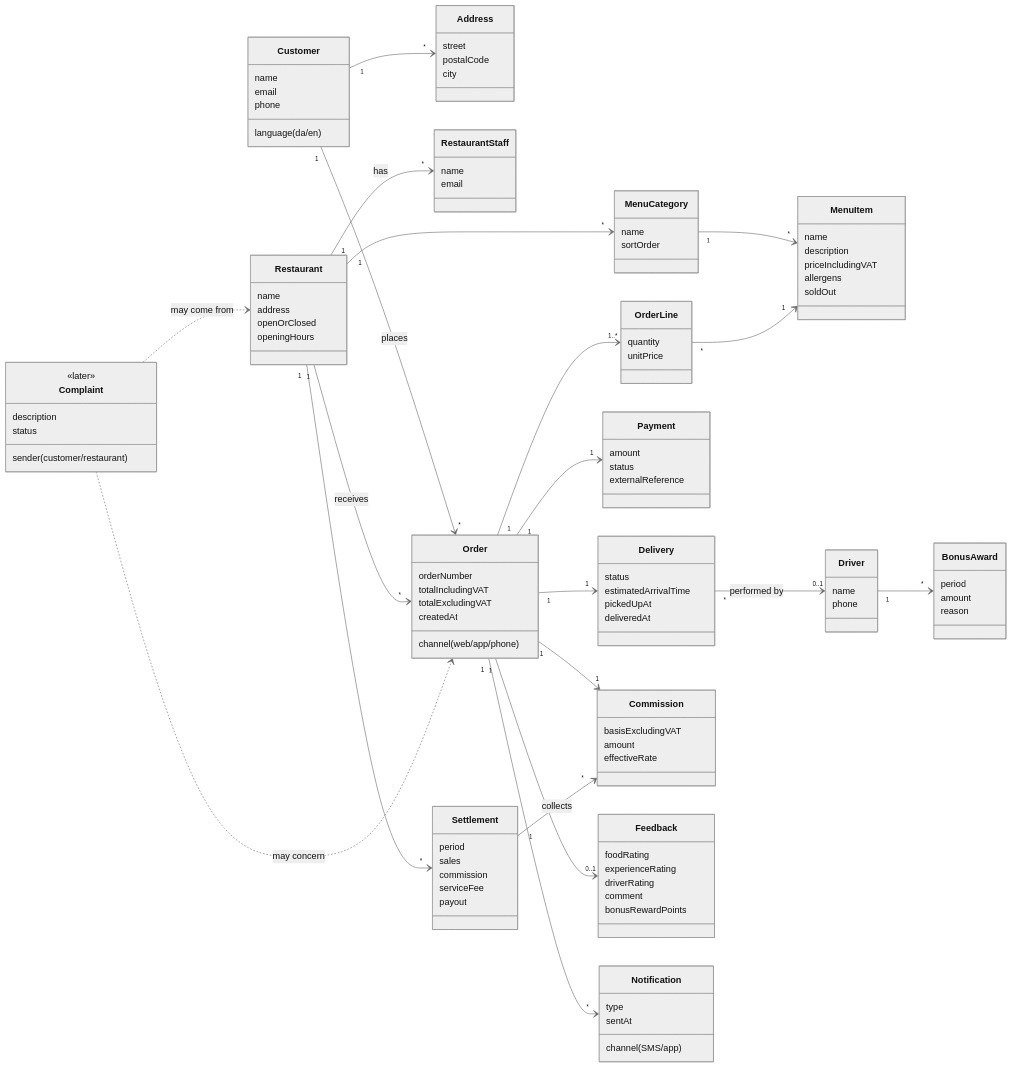
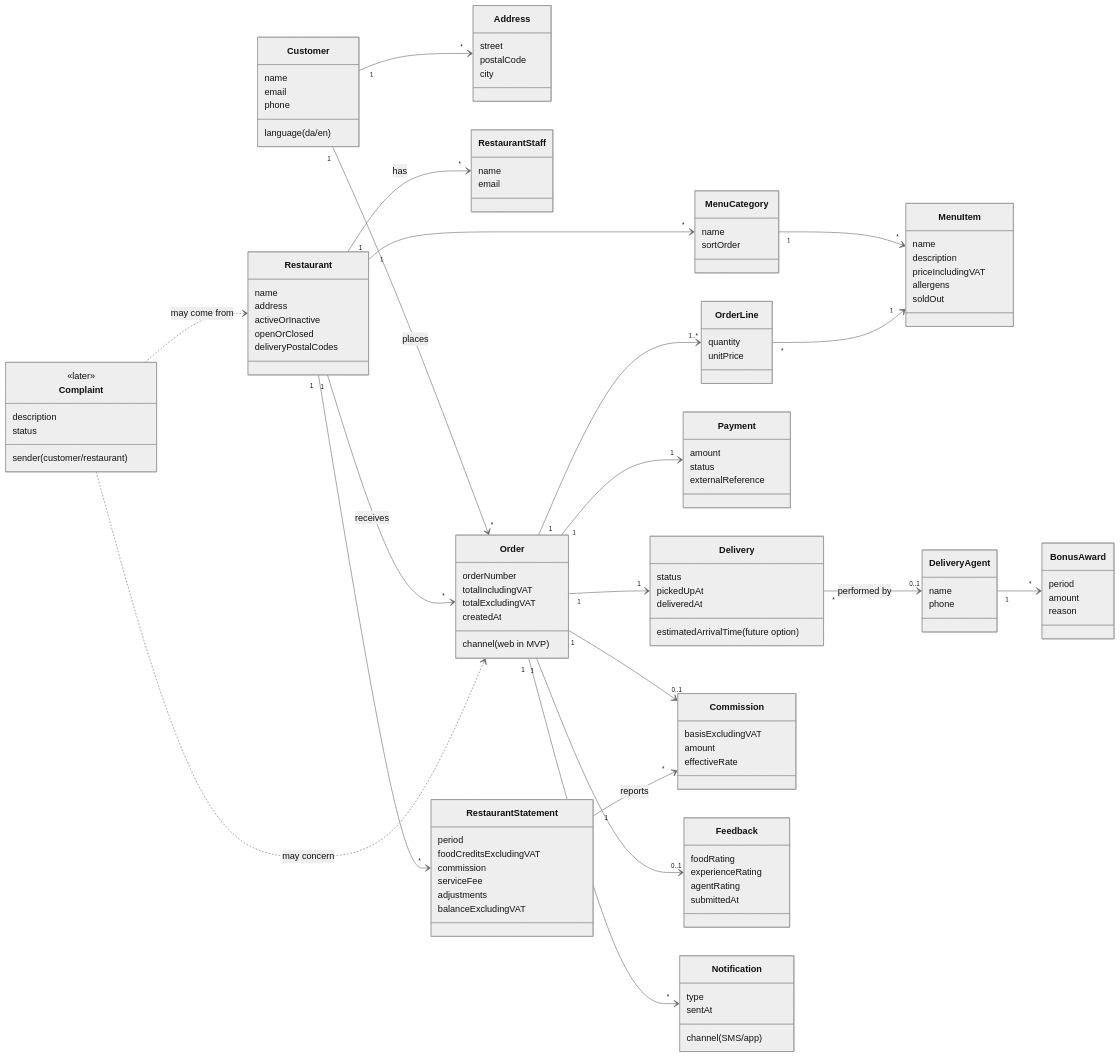
Before and after one commit to DannyShayH/MTGO: the second of 3 diagrams in apps/docs/src/content/docs/product/domain-model.mdx, drawn with Mermaid (neutral theme). The commit also changed other lines of this file and 26 other files, not shown here.

```diff
--- a/apps/docs/src/content/docs/product/domain-model.mdx
+++ b/apps/docs/src/content/docs/product/domain-model.mdx
@@ -87,8 +102,9 @@
   class Restaurant {
     name
     address
+    activeOrInactive
     openOrClosed
-    openingHours
+    deliveryPostalCodes
   }
   class RestaurantStaff {
     name
@@ -109,7 +125,7 @@
     orderNumber
     totalIncludingVAT
     totalExcludingVAT
-    channel (web/app/phone)
+    channel (web in MVP)
     createdAt
   }
   class OrderLine {
@@ -123,11 +139,11 @@
   }
   class Delivery {
     status
-    estimatedArrivalTime
+    estimatedArrivalTime (future option)
     pickedUpAt
     deliveredAt
   }
-  class Driver {
+  class DeliveryAgent {
     name
     phone
   }
@@ -136,19 +152,19 @@
     amount
     effectiveRate
   }
-  class Settlement {
+  class RestaurantStatement {
     period
-    sales
+    foodCreditsExcludingVAT
     commission
     serviceFee
-    payout
+    adjustments
+    balanceExcludingVAT
   }
   class Feedback {
     foodRating
     experienceRating
-    driverRating
-    comment
-    bonusRewardPoints
+    agentRating
+    submittedAt
   }
   class BonusAward {
     period
@@ -176,12 +192,12 @@
   OrderLine "*" --> "1" MenuItem
   Order "1" --> "1" Payment
   Order "1" --> "1" Delivery
-  Delivery "*" --> "0..1" Driver : performed by
-  Order "1" --> "1" Commission
-  Restaurant "1" --> "*" Settlement
-  Settlement "1" --> "*" Commission : collects
+  Delivery "*" --> "0..1" DeliveryAgent : performed by
+  Order "1" --> "0..1" Commission
+  Restaurant "1" --> "*" RestaurantStatement
+  RestaurantStatement "1" --> "*" Commission : reports
   Order "1" --> "0..1" Feedback
-  Driver "1" --> "*" BonusAward
+  DeliveryAgent "1" --> "*" BonusAward
   Order "1" --> "*" Notification
   Complaint ..> Order : may concern
   Complaint ..> Restaurant : may come from
```
